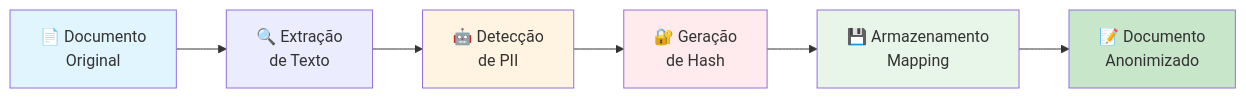
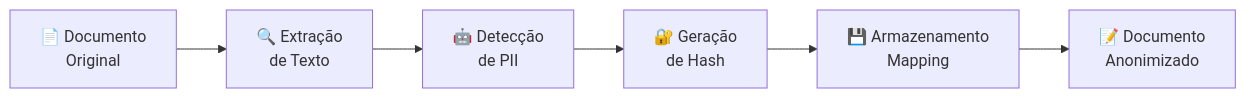
Diagram 15 of 24 in docs/diagrams.md (AnonShield/anonshield), drawn with Mermaid before and after one commit. The commit also changed other lines of this file, not shown here.

First line of the commit message:
Remove style definitions from diagrams

````diff
--- a/docs/diagrams.md
+++ b/docs/diagrams.md
@@ -924,14 +886,9 @@
 ```mermaid
 graph LR
     A[📄 Documento<br/>Original] --> B[🔍 Extração<br/>de Texto]
     B --> C[🤖 Detecção<br/>de PII]
     C --> D[🔐 Geração<br/>de Hash]
     D --> E[💾 Armazenamento<br/>Mapping]
     E --> F[📝 Documento<br/>Anonimizado]
     
-    style A fill:#e1f5ff
-    style C fill:#fff4e1
-    style D fill:#ffebee
-    style E fill:#e8f5e9
-    style F fill:#c8e6c9
 ```
````
